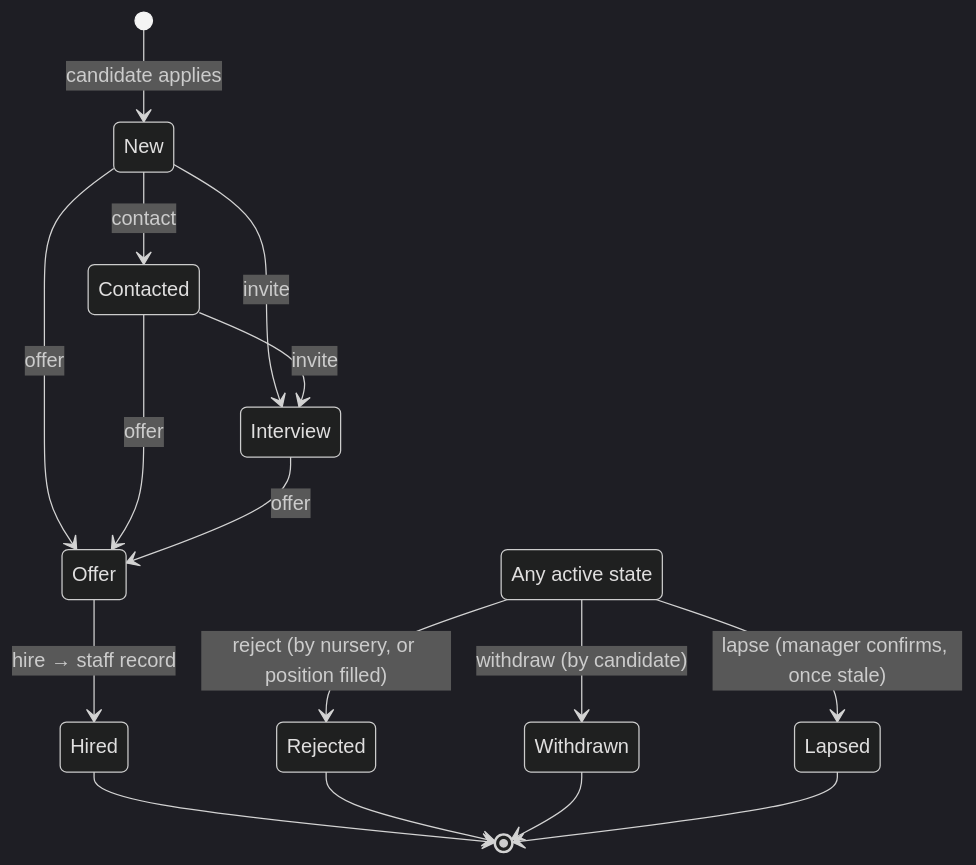
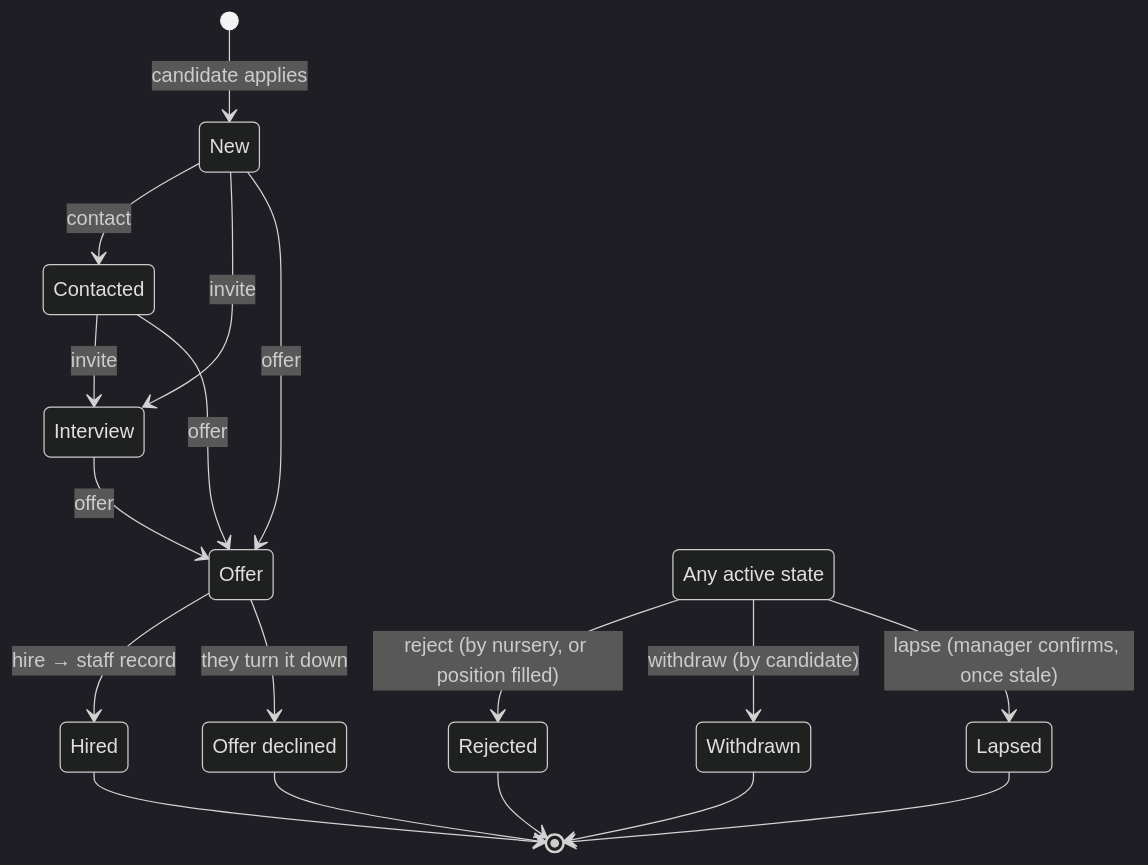
The third of 3 diagrams in README.md (famly/hire-me), drawn with Mermaid (dark theme) before and after one commit. The commit also changed other lines of this file and 23 other files, not shown here.

First line of the commit message:
feat(manager): match score, offer declined, readable timeline, shorter dialogs

````diff
--- a/README.md
+++ b/README.md
@@ -161,19 +162,22 @@
 ```mermaid
 stateDiagram-v2
     [*] --> New: candidate applies
     New --> Contacted: contact
     New --> Interview: invite
     Contacted --> Interview: invite
     New --> Offer: offer
     Contacted --> Offer: offer
     Interview --> Offer: offer
     Offer --> Hired: hire → staff record
+    state "Offer declined" as Declined
+    Offer --> Declined: they turn it down
     state "Any active state" as active
     active --> Rejected: reject (by nursery, or position filled)
     active --> Withdrawn: withdraw (by candidate)
     active --> Lapsed: lapse (manager confirms, once stale)
     Hired --> [*]
     Rejected --> [*]
     Withdrawn --> [*]
     Lapsed --> [*]
+    Declined --> [*]
 ```
````
